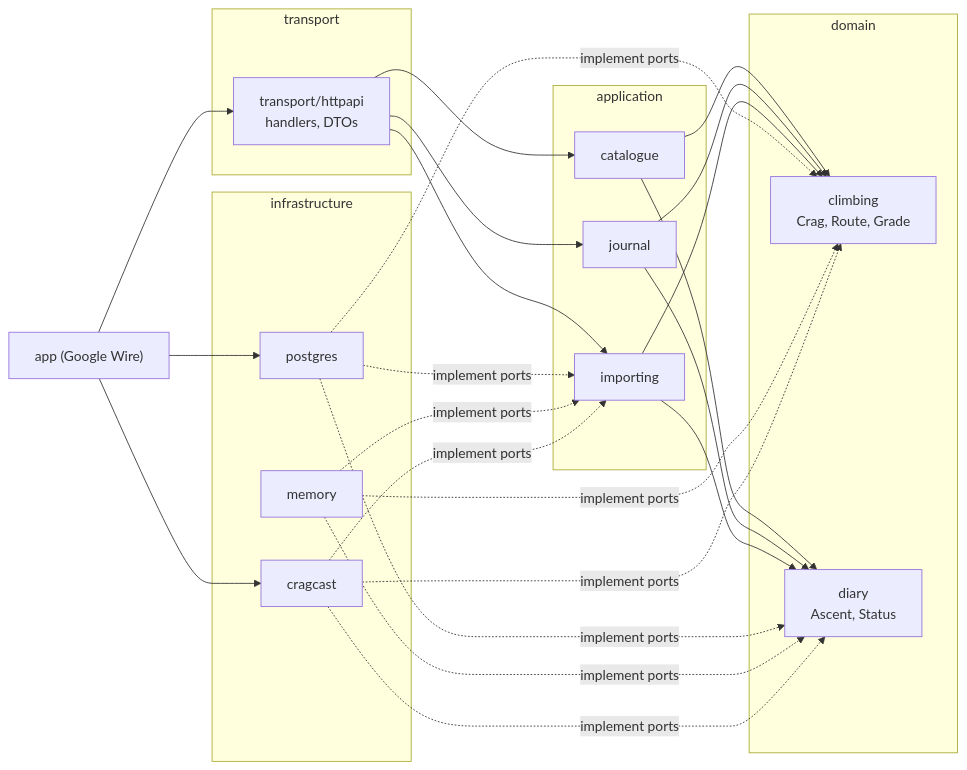
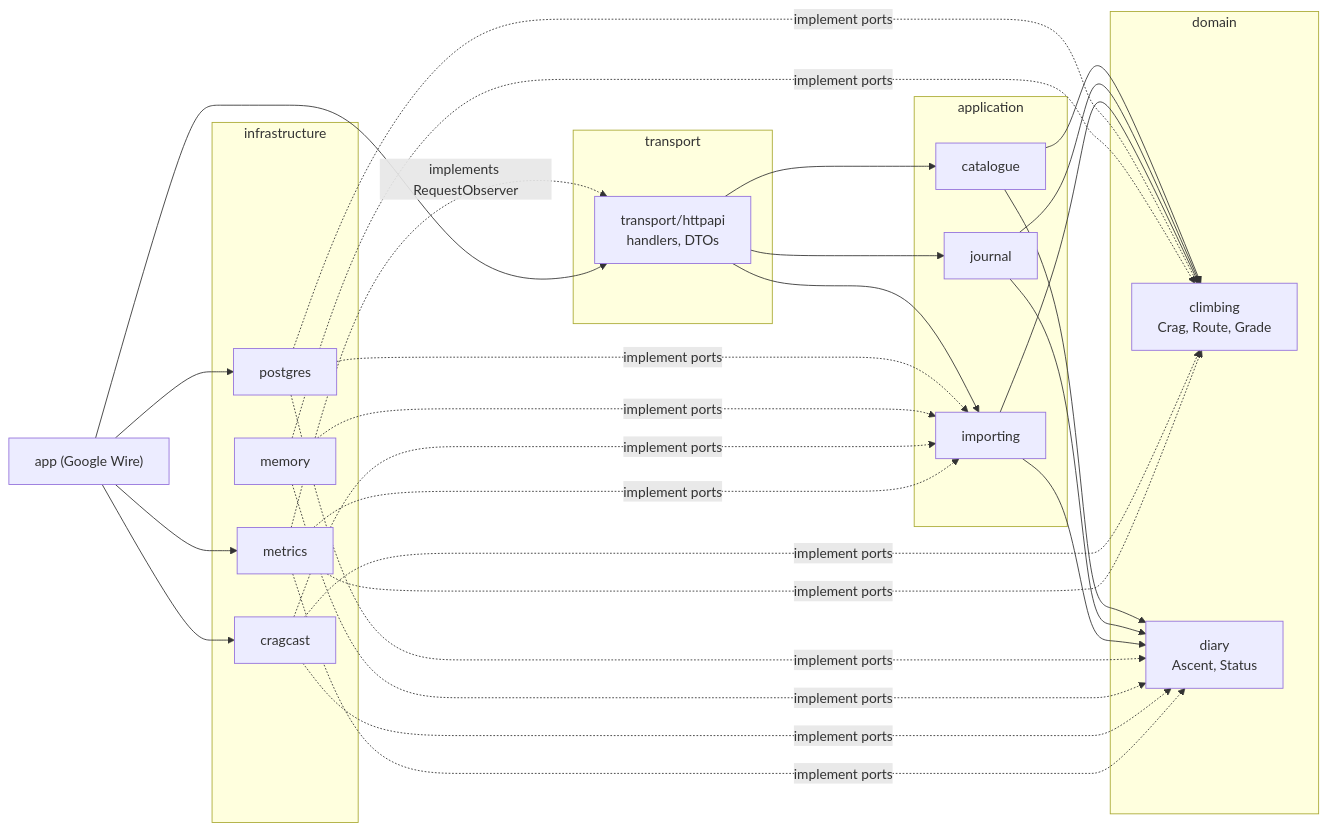
Before and after one commit to Allan-Nava/cragbook: the diagram in README.md, drawn with Mermaid. The commit also changed other lines of this file and 2 other files, not shown here.

````diff
--- a/README.md
+++ b/README.md
@@ -93,24 +110,26 @@
 ```mermaid
 flowchart LR
   subgraph transport
     http["transport/httpapi<br/>handlers, DTOs"]
   end
   subgraph application
     cat["catalogue"]
     jou["journal"]
     imp["importing"]
   end
   subgraph domain
     cl["climbing<br/>Crag, Route, Grade"]
     di["diary<br/>Ascent, Status"]
   end
   subgraph infrastructure
     pg["postgres"]
     mem["memory"]
     cc["cragcast"]
+    met["metrics"]
   end
   http --> cat & jou & imp
   cat & jou & imp --> cl & di
-  pg & mem & cc -. implement ports .-> cl & di & imp
-  app["app (Google Wire)"] --> http & pg & cc
+  pg & mem & cc & met -. implement ports .-> cl & di & imp
+  met -. implements RequestObserver .-> http
+  app["app (Google Wire)"] --> http & pg & cc & met
 ```
````
